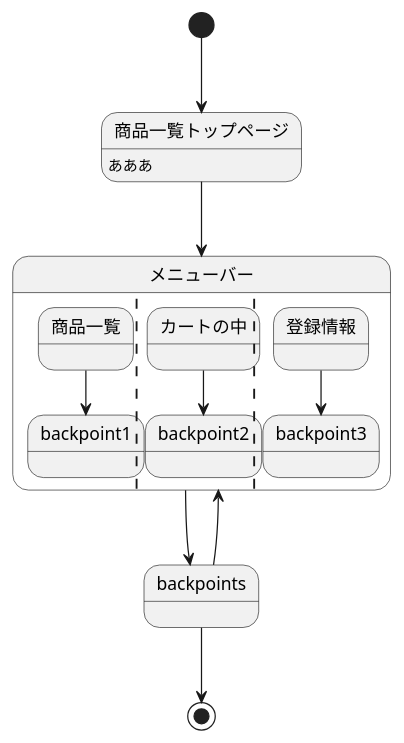
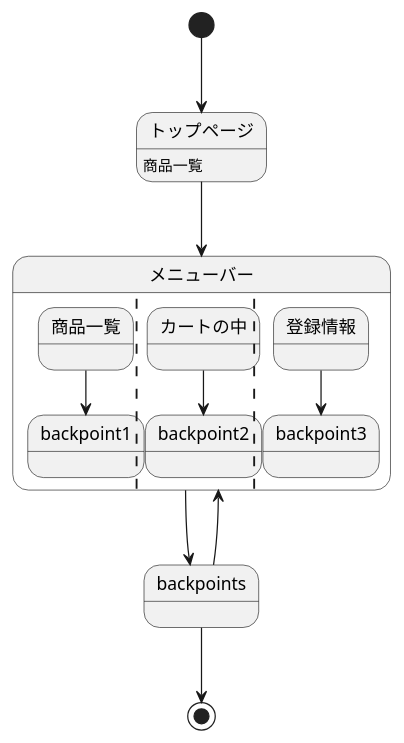
The diagram in sample/StateMachine.md (Aso2001385/2021sys-design), drawn with PlantUML before and after one commit.

````diff
--- a/sample/StateMachine.md
+++ b/sample/StateMachine.md
@@ -1,19 +1,19 @@
 ```uml
 @startuml
 
-[*] --> 商品一覧トップページ
-商品一覧トップページ: あああ
-商品一覧トップページ --> メニューバー
+[*] --> トップページ
+トップページ: 商品一覧
+トップページ --> メニューバー
 state メニューバー {
  商品一覧 --> backpoint1
  ||
  カートの中 --> backpoint2
  ||
  登録情報 --> backpoint3
 }
 メニューバー --> backpoints
 backpoints --> メニューバー
 backpoints --> [*]
 
 @enduml
 ```
````
